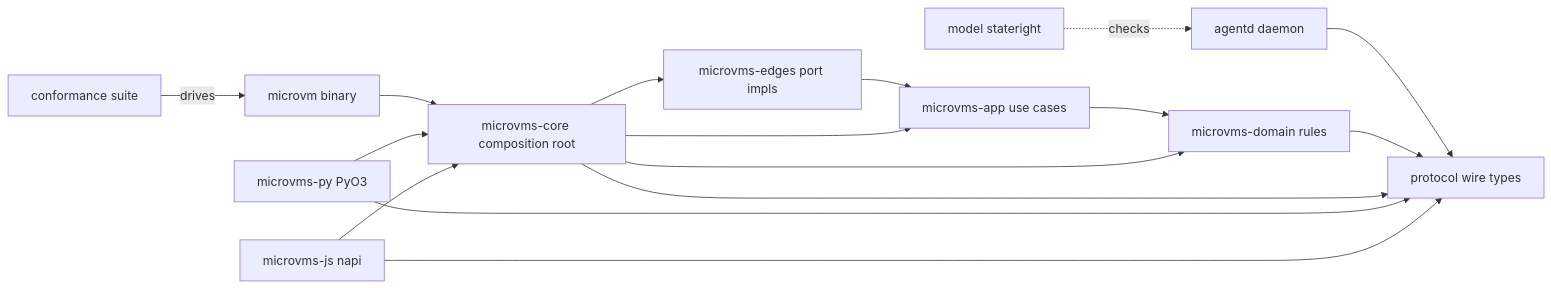
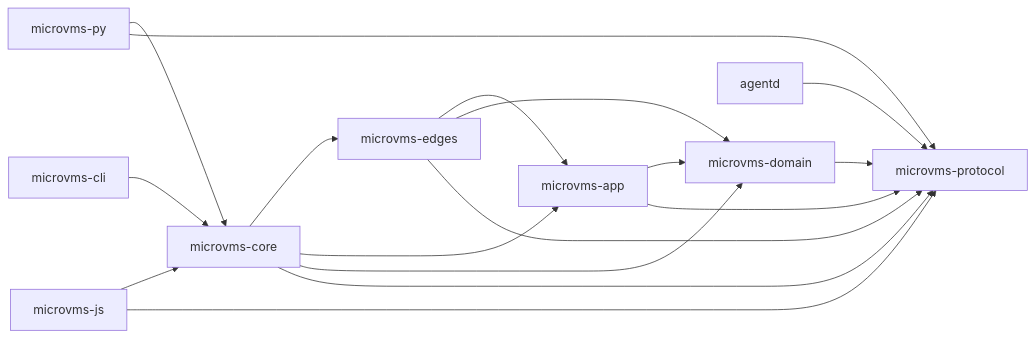
Before and after one commit to laithalsaadoon/microvms-agentd: the diagram in docs/architecture/system-overview.md, drawn with Mermaid. The commit also changed other lines of this file and 19 other files, not shown here.

````diff
--- a/docs/architecture/system-overview.md
+++ b/docs/architecture/system-overview.md
@@ -84,30 +42,29 @@
 ```mermaid
 flowchart LR
-  protocol[protocol wire types]
-  agentd[agentd daemon]
-  domain[microvms-domain rules]
-  app[microvms-app use cases]
-  edges[microvms-edges port impls]
-  core[microvms-core composition root]
-  cli[microvm binary]
-  py[microvms-py PyO3]
-  js[microvms-js napi]
-  model[model stateright]
-  conf[conformance suite]
+  cli[microvms-cli]
+  py[microvms-py]
+  js[microvms-js]
+  core[microvms-core]
+  edges[microvms-edges]
+  app[microvms-app]
+  domain[microvms-domain]
+  protocol[microvms-protocol]
+  daemon[agentd]
 
-  agentd --> protocol
-  domain --> protocol
-  app --> domain
-  edges --> app
-  core --> app
-  core --> edges
-  core --> domain
-  core --> protocol
   cli --> core
   py --> core
   py --> protocol
   js --> core
   js --> protocol
-  conf -->|drives| cli
-  model -.checks.-> agentd
+  core --> edges
+  core --> app
+  core --> domain
+  core --> protocol
+  edges --> app
+  edges --> domain
+  edges --> protocol
+  app --> domain
+  app --> protocol
+  domain --> protocol
+  daemon --> protocol
 ```
````
